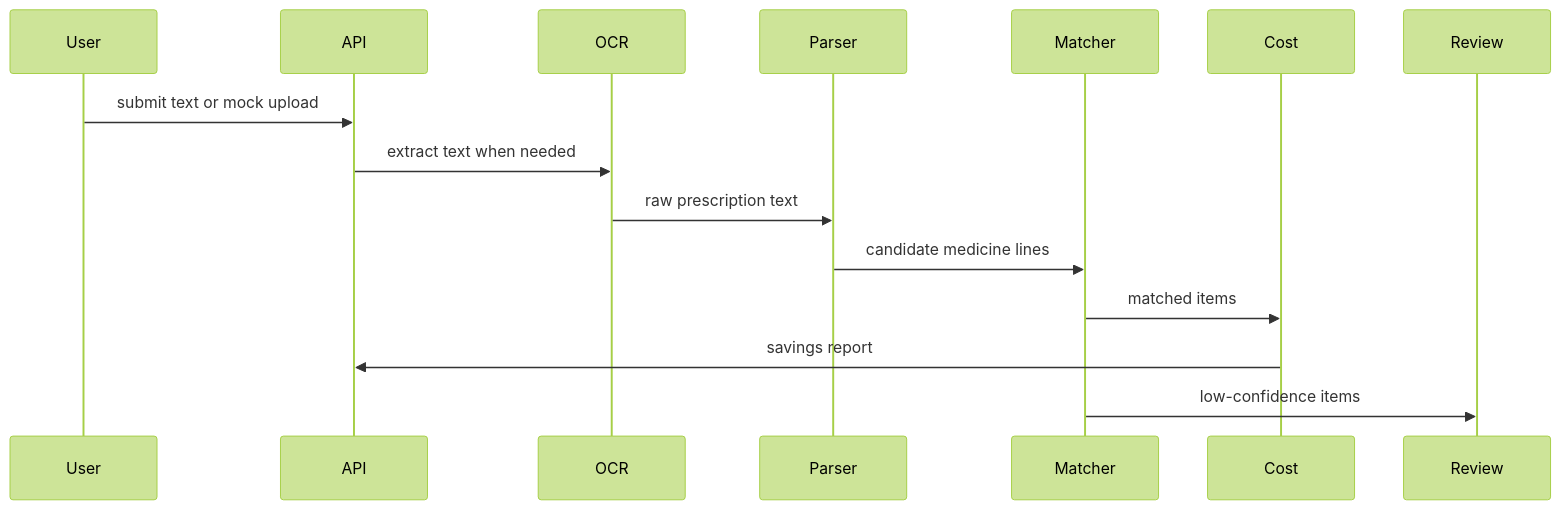
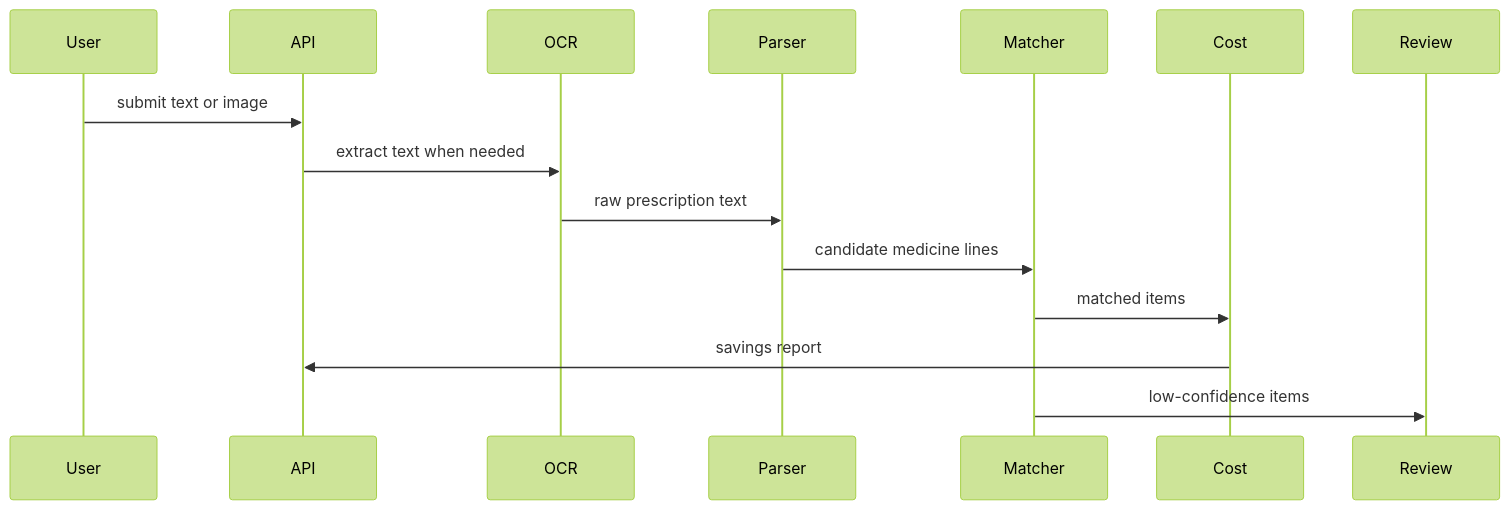
Before and after one commit to emttspk/dawaisaver.pk: the diagram in docs/PRESCRIPTION_PROCESSING_ENGINE.md, drawn with Mermaid (forest theme). The commit also changed other lines of this file and 58 other files, not shown here.

````diff
--- a/docs/PRESCRIPTION_PROCESSING_ENGINE.md
+++ b/docs/PRESCRIPTION_PROCESSING_ENGINE.md
@@ -9,18 +9,18 @@
 ```mermaid
 sequenceDiagram
   participant User
   participant API
   participant OCR
   participant Parser
   participant Matcher
   participant Cost
   participant Review
 
-  User->>API: submit text or mock upload
+  User->>API: submit text or image
   API->>OCR: extract text when needed
   OCR->>Parser: raw prescription text
   Parser->>Matcher: candidate medicine lines
   Matcher->>Cost: matched items
   Cost->>API: savings report
   Matcher->>Review: low-confidence items
 ```
````
